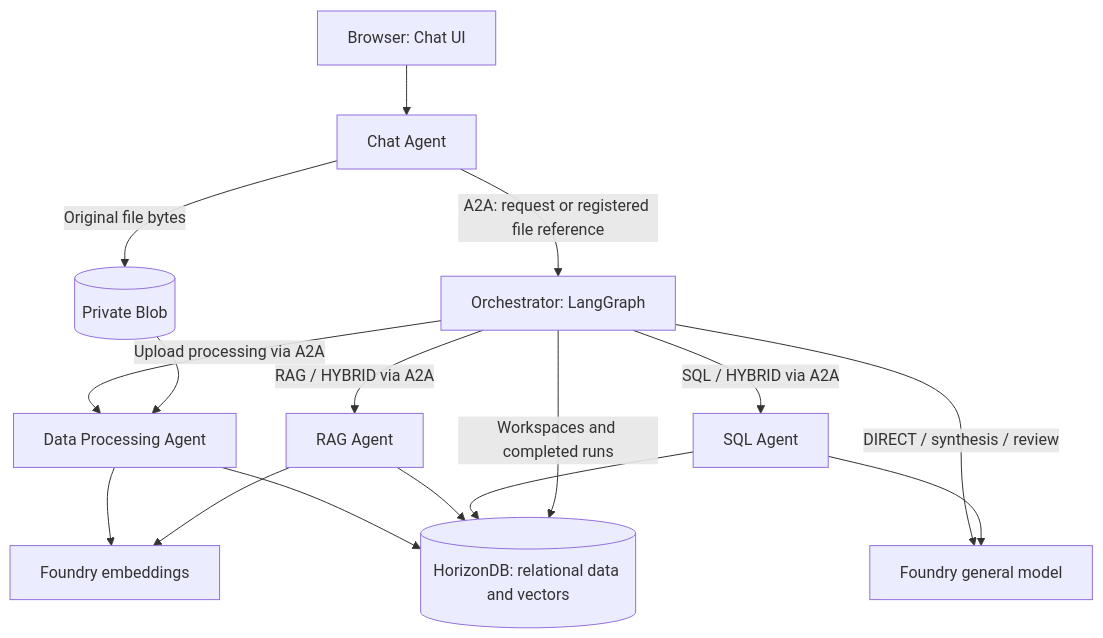
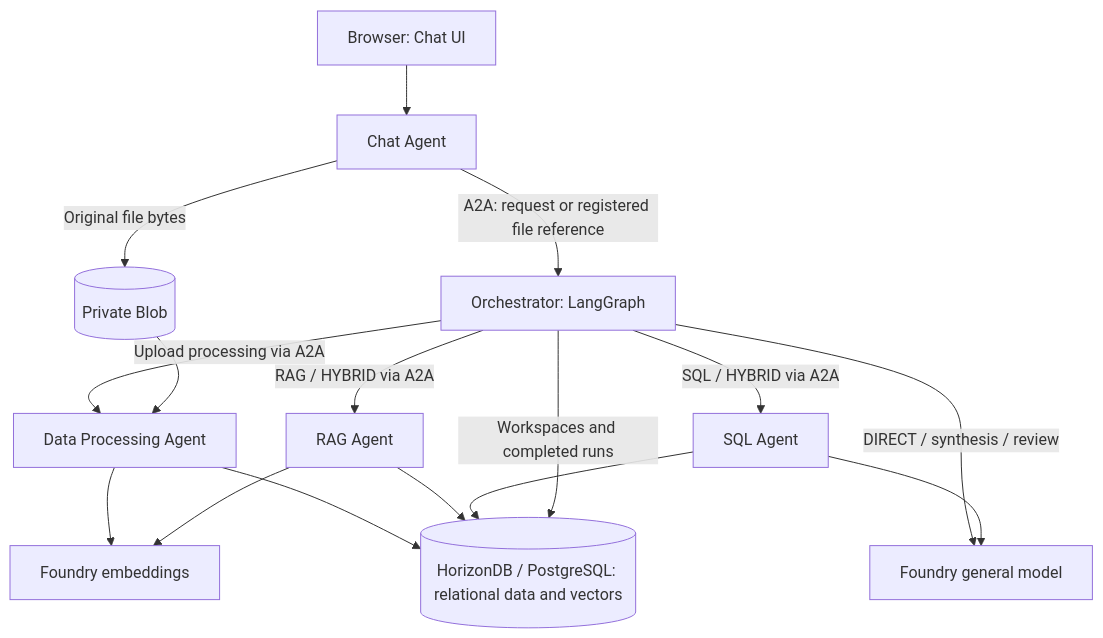
One commit to oxcp/ainotes changed the diagram in agenthost/module-06/readme.md. Above: the diagram before and after it, drawn with Mermaid. The commit also changed other lines of this file and 152 other files, not shown here.

````diff
--- a/agenthost/module-06/readme.md
+++ b/agenthost/module-06/readme.md
@@ -43,18 +40,18 @@
 ```mermaid
 flowchart TD
-    U[Browser: Chat UI] --> C[Chat Agent]
-    C -->|Original file bytes| B[(Private Blob)]
-    C -->|A2A: request or registered file reference| O[Orchestrator: LangGraph]
-    O -->|Upload processing via A2A| D[Data Processing Agent]
+    U["Browser: Chat UI"] --> C["Chat Agent"]
+    C -->|Original file bytes| B[("Private Blob")]
+    C -->|A2A: request or registered file reference| O["Orchestrator: LangGraph"]
+    O -->|Upload processing via A2A| D["Data Processing Agent"]
     B --> D
-    D --> E[Foundry embeddings]
-    D --> H[(HorizonDB: relational data and vectors)]
-    O -->|DIRECT / synthesis / review| L[Foundry general model]
-    O -->|RAG / HYBRID via A2A| R[RAG Agent]
-    O -->|SQL / HYBRID via A2A| S[SQL Agent]
+    D --> E["Foundry embeddings"]
+    D --> H[("HorizonDB / PostgreSQL: relational data and vectors")]
+    O -->|DIRECT / synthesis / review| L["Foundry general model"]
+    O -->|RAG / HYBRID via A2A| R["RAG Agent"]
+    O -->|SQL / HYBRID via A2A| S["SQL Agent"]
     R --> E
     R --> H
     S --> L
     S --> H
     O -->|Workspaces and completed runs| H
 ```
````
